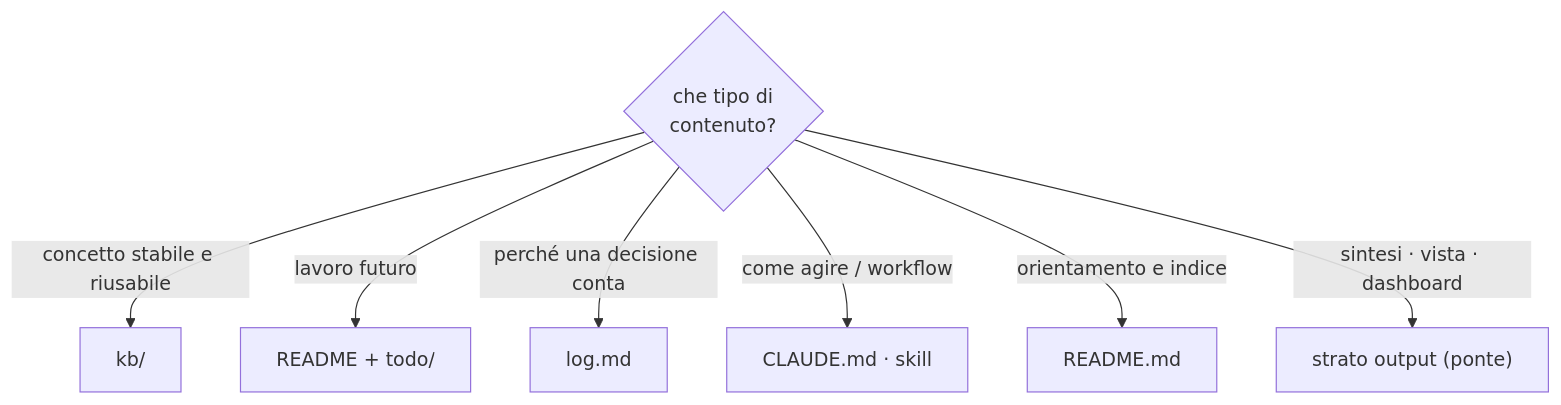
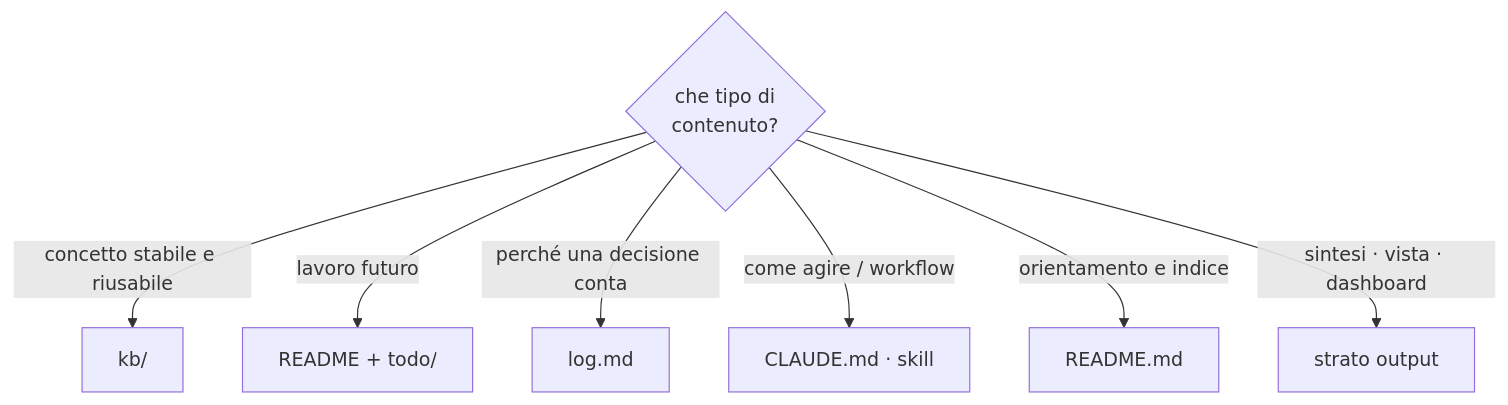
One commit to steledama/method changed the fifth of 5 diagrams in presentazione/metodo-in-sintesi.md. Above: the diagram before and after it, drawn with Mermaid. The commit also changed other lines of this file and 18 other files, not shown here.

````diff
--- a/presentazione/metodo-in-sintesi.md
+++ b/presentazione/metodo-in-sintesi.md
@@ -96,10 +100,10 @@
 ```mermaid
 flowchart TB
     Q{"che tipo di<br/>contenuto?"}
     Q -->|concetto stabile e riusabile| KB["kb/"]
     Q -->|lavoro futuro| TODO["README + todo/"]
     Q -->|perché una decisione conta| LOG["log.md"]
     Q -->|come agire / workflow| OP["CLAUDE.md · skill"]
     Q -->|orientamento e indice| R["README.md"]
-    Q -->|sintesi · vista · dashboard| OUT["strato output (ponte)"]
+    Q -->|sintesi · vista · dashboard| OUT["strato output"]
 ```
````
